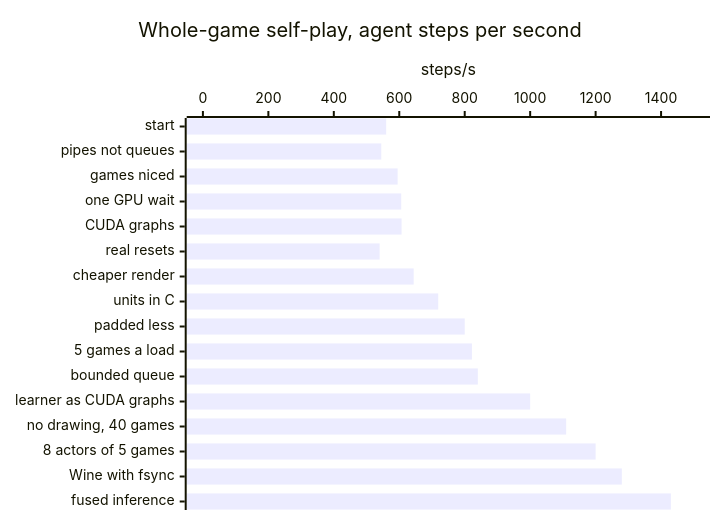
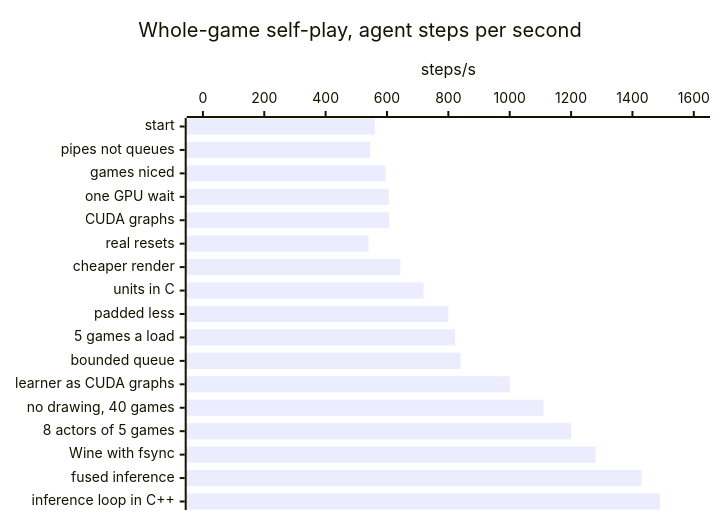
One commit to RobinKa/warcraftsim changed the first of 2 diagrams in docs/optimizations.md. Above: the diagram before and after it, drawn with Mermaid. The commit also changed other lines of this file and 1 other file, not shown here.

Commit message:
docs: the inference server's loop in C++ in the learner's process (1,487 steps/s; the learner's update 3.5 s)

````diff
--- a/docs/optimizations.md
+++ b/docs/optimizations.md
@@ -7,7 +7,7 @@
 ```mermaid
 xychart-beta horizontal
   title "Whole-game self-play, agent steps per second"
-  x-axis ["start", "pipes not queues", "games niced", "one GPU wait", "CUDA graphs", "real resets", "cheaper render", "units in C", "padded less", "5 games a load", "bounded queue", "learner as CUDA graphs", "no drawing, 40 games", "8 actors of 5 games", "Wine with fsync", "fused inference"]
-  y-axis "steps/s" 0 --> 1500
-  bar [560, 545, 595, 606, 607, 540, 644, 719, 800, 822, 840, 1000, 1110, 1200, 1280, 1430]
+  x-axis ["start", "pipes not queues", "games niced", "one GPU wait", "CUDA graphs", "real resets", "cheaper render", "units in C", "padded less", "5 games a load", "bounded queue", "learner as CUDA graphs", "no drawing, 40 games", "8 actors of 5 games", "Wine with fsync", "fused inference", "inference loop in C++"]
+  y-axis "steps/s" 0 --> 1600
+  bar [560, 545, 595, 606, 607, 540, 644, 719, 800, 822, 840, 1000, 1110, 1200, 1280, 1430, 1490]
 ```
````
